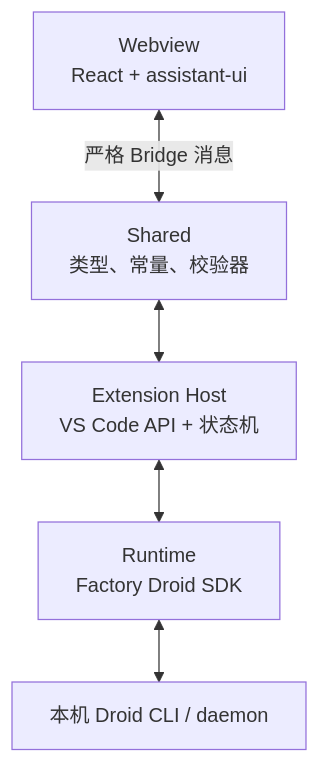
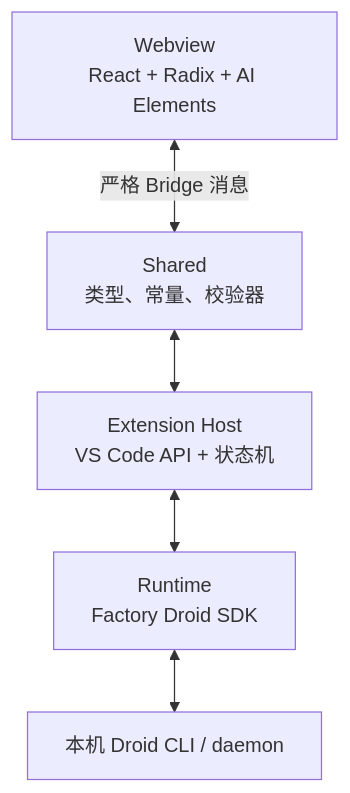
One commit to fireman-droid/droid-for-vscode changed the second of 3 diagrams in docs/ARCHITECTURE.md. Above: the diagram before and after it, drawn with Mermaid. The commit also changed other lines of this file and 1237 other files, not shown here.

````diff
--- a/docs/ARCHITECTURE.md
+++ b/docs/ARCHITECTURE.md
@@ -5,7 +125,7 @@
 ```mermaid
 flowchart TD
-    WV[Webview\nReact + assistant-ui] <-->|严格 Bridge 消息| SH[Shared\n类型、常量、校验器]
+    WV[Webview\nReact + Radix + AI Elements] <-->|严格 Bridge 消息| SH[Shared\n类型、常量、校验器]
     SH <--> HOST[Extension Host\nVS Code API + 状态机]
     HOST <--> RT[Runtime\nFactory Droid SDK]
     RT <--> DROID[本机 Droid CLI / daemon]
 ```
````
